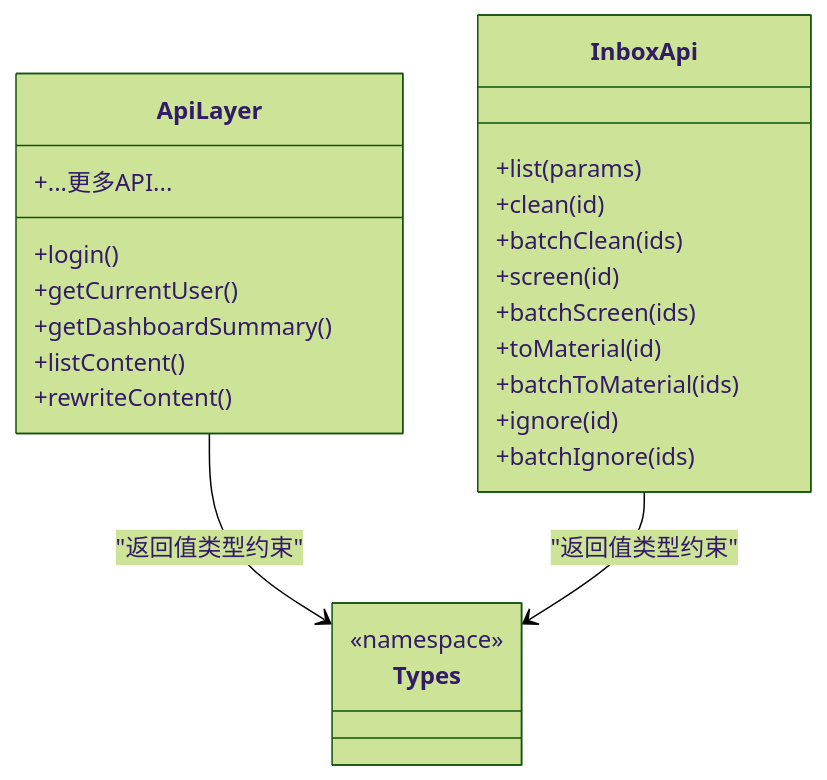
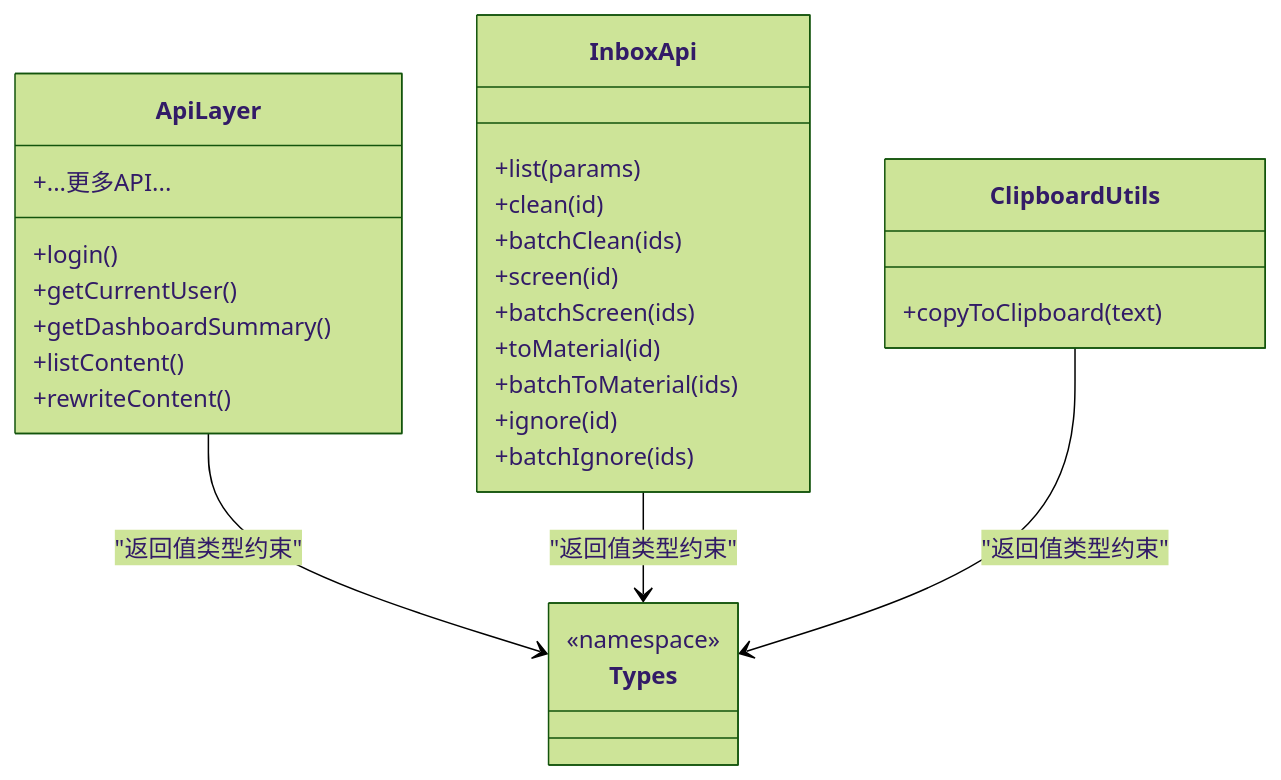
The seventh of 10 diagrams in .qoder/repowiki/zh/content/前端应用架构/桌面应用架构.md (dream-ze/AI_huoke-), drawn with Mermaid (forest theme) before and after one commit. The commit also changed other lines of this file and 220 other files, not shown here.

````diff
--- a/.qoder/repowiki/zh/content/前端应用架构/桌面应用架构.md
+++ b/.qoder/repowiki/zh/content/前端应用架构/桌面应用架构.md
@@ -252,27 +303,31 @@
 ```mermaid
 classDiagram
 class ApiLayer {
 +login()
 +getCurrentUser()
 +getDashboardSummary()
 +listContent()
 +rewriteContent()
 +...更多API...
 }
 class InboxApi {
 +list(params)
 +clean(id)
 +batchClean(ids)
 +screen(id)
 +batchScreen(ids)
 +toMaterial(id)
 +batchToMaterial(ids)
 +ignore(id)
 +batchIgnore(ids)
 }
+class ClipboardUtils {
++copyToClipboard(text)
+}
 class Types {
 <<namespace>>
 }
 ApiLayer --> Types : "返回值类型约束"
 InboxApi --> Types : "返回值类型约束"
+ClipboardUtils --> Types : "返回值类型约束"
 ```
````
